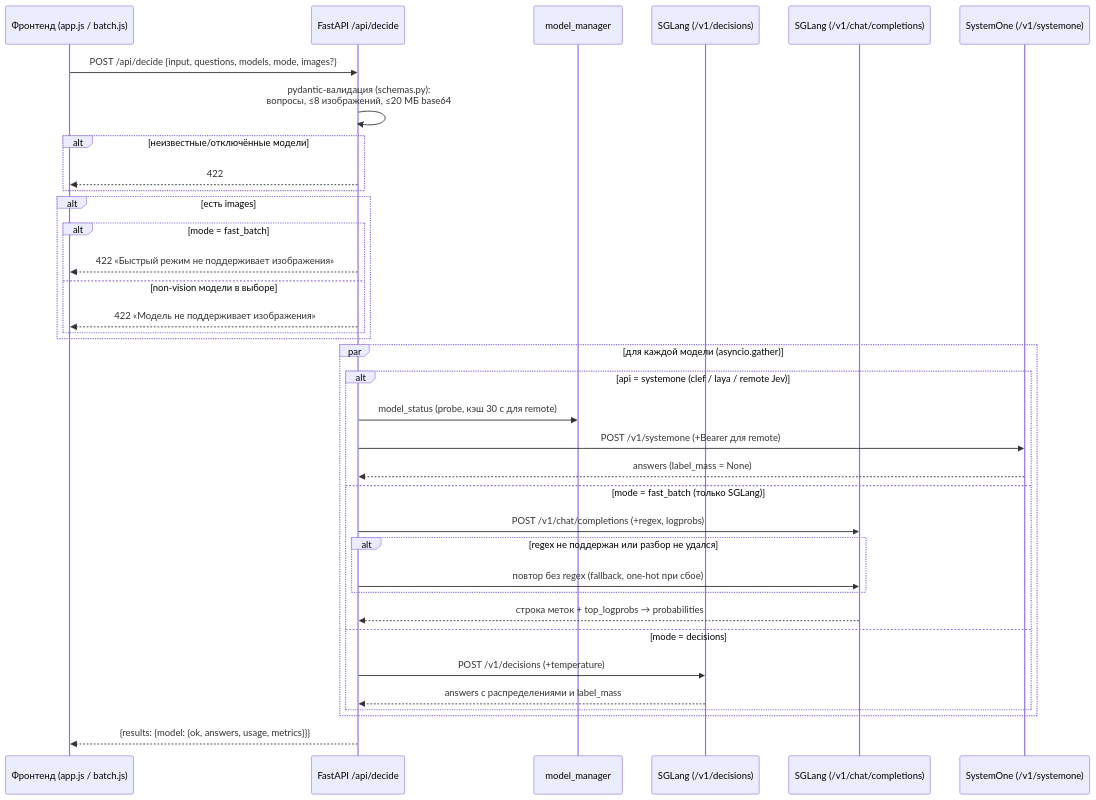
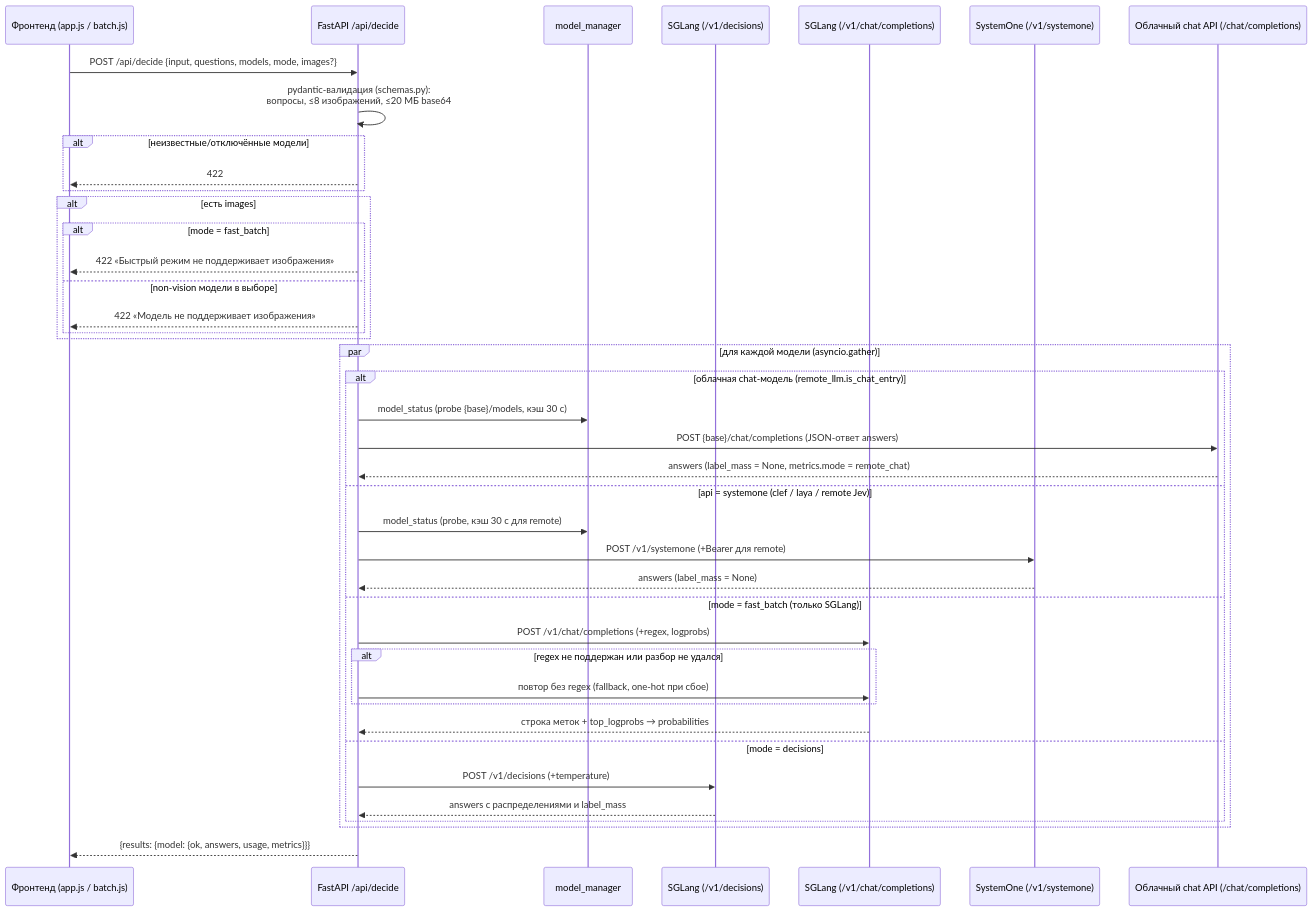
The second of 5 diagrams in ARCHITECTURE.md (chkalofff/decision-qa), drawn with Mermaid before and after one commit. The commit also changed other lines of this file and 3 other files, not shown here.

````diff
--- a/ARCHITECTURE.md
+++ b/ARCHITECTURE.md
@@ -140,39 +163,44 @@
 ```mermaid
 sequenceDiagram
     participant UI as Фронтенд (app.js / batch.js)
     participant FA as FastAPI /api/decide
     participant MM as model_manager
     participant SG as SGLang (/v1/decisions)
     participant FB as SGLang (/v1/chat/completions)
     participant SO as SystemOne (/v1/systemone)
+    participant CLOUD as Облачный chat API (/chat/completions)
 
     UI->>FA: POST /api/decide {input, questions, models, mode, images?}
     FA->>FA: pydantic-валидация (schemas.py):<br/>вопросы, ≤8 изображений, ≤20 МБ base64
     alt неизвестные/отключённые модели
         FA-->>UI: 422
     end
     alt есть images
         alt mode = fast_batch
             FA-->>UI: 422 «Быстрый режим не поддерживает изображения»
         else non-vision модели в выборе
             FA-->>UI: 422 «Модель не поддерживает изображения»
         end
     end
     par для каждой модели (asyncio.gather)
-        alt api = systemone (clef / laya / remote Jev)
+        alt облачная chat-модель (remote_llm.is_chat_entry)
+            FA->>MM: model_status (probe {base}/models, кэш 30 с)
+            FA->>CLOUD: POST {base}/chat/completions (JSON-ответ answers)
+            CLOUD-->>FA: answers (label_mass = None, metrics.mode = remote_chat)
+        else api = systemone (clef / laya / remote Jev)
             FA->>MM: model_status (probe, кэш 30 с для remote)
             FA->>SO: POST /v1/systemone (+Bearer для remote)
             SO-->>FA: answers (label_mass = None)
         else mode = fast_batch (только SGLang)
             FA->>FB: POST /v1/chat/completions (+regex, logprobs)
             alt regex не поддержан или разбор не удался
                 FA->>FB: повтор без regex (fallback, one-hot при сбое)
             end
             FB-->>FA: строка меток + top_logprobs → probabilities
         else mode = decisions
             FA->>SG: POST /v1/decisions (+temperature)
             SG-->>FA: answers с распределениями и label_mass
         end
     end
     FA-->>UI: {results: {model: {ok, answers, usage, metrics}}}
 ```
````
